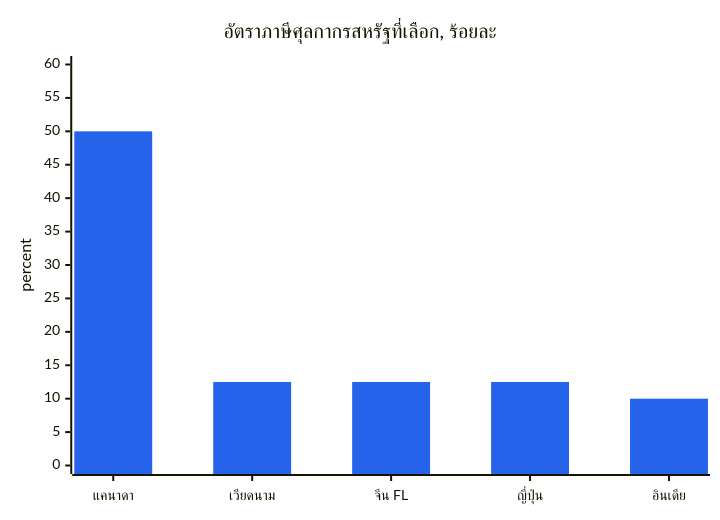
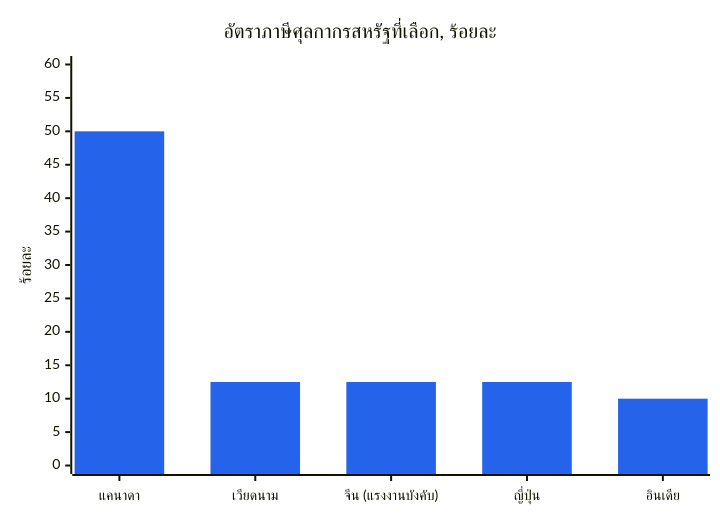
Before and after one commit to dureach/research: the first of 15 diagrams in Global-Trade-Intelligence-weekly-2026-11-23/index.th.md, drawn with Mermaid. The commit also changed other lines of this file and 5 other files, not shown here.

````diff
--- a/Global-Trade-Intelligence-weekly-2026-11-23/index.th.md
+++ b/Global-Trade-Intelligence-weekly-2026-11-23/index.th.md
@@ -217,8 +217,8 @@
 ```mermaid
 %%{init: {'theme': 'base', 'themeVariables': {'xyChart': {'plotColorPalette': '#2563eb'}}}}%%
 xychart-beta
     title "อัตราภาษีศุลกากรสหรัฐที่เลือก, ร้อยละ"
-    x-axis ["แคนาดา", "เวียดนาม", "จีน FL", "ญี่ปุ่น", "อินเดีย"]
-    y-axis "percent" 0 --> 60
+    x-axis ["แคนาดา", "เวียดนาม", "จีน (แรงงานบังคับ)", "ญี่ปุ่น", "อินเดีย"]
+    y-axis "ร้อยละ" 0 --> 60
     bar [50, 12.5, 12.5, 12.5, 10]
 ```
````
